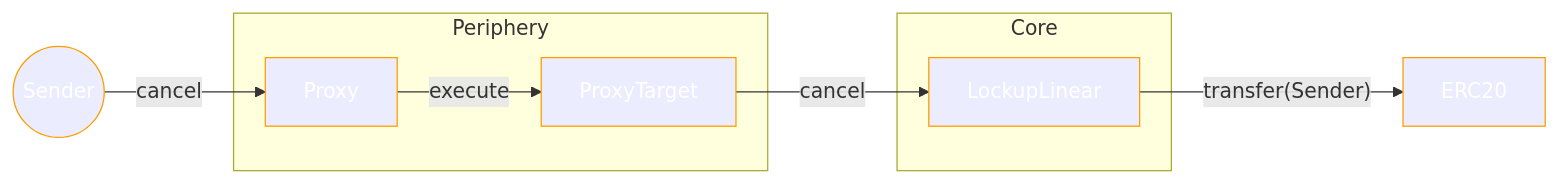
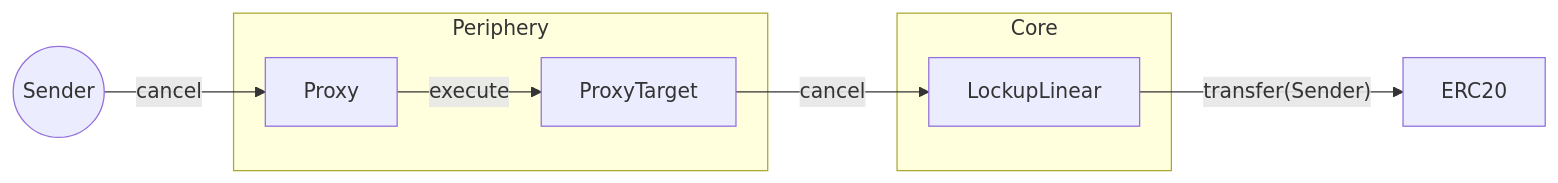
The seventh of 8 diagrams in docs/contracts/v2/reference/02-diagrams.md (sablier-labs/docs), drawn with Mermaid before and after one commit. The commit also changed other lines of this file, not shown here.

First line of the commit message:
refactor: split "Diagrams" in two new sections

````diff
--- a/docs/contracts/v2/reference/02-diagrams.md
+++ b/docs/contracts/v2/reference/02-diagrams.md
@@ -189,18 +159,16 @@
 ```mermaid
 flowchart LR
-	classDef object stroke:#ff9C00,color:#ffffff;
   S((Sender))
   subgraph Periphery
     P[Proxy]
     PT[ProxyTarget]
   end
   subgraph Core
     LL[LockupLinear]
   end
   E[ERC20]
   S -- "cancel" --> P
   P -- "execute" --> PT
   PT -- "cancel" --> LL
   LL -- "transfer(Sender)" --> E
-	class E,S,P,PT,LL object;
 ```
````
